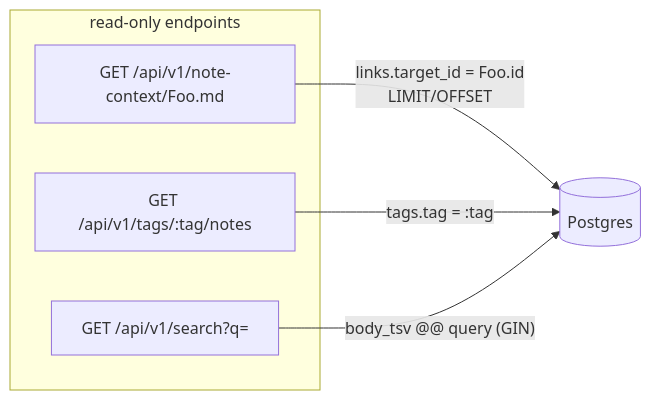
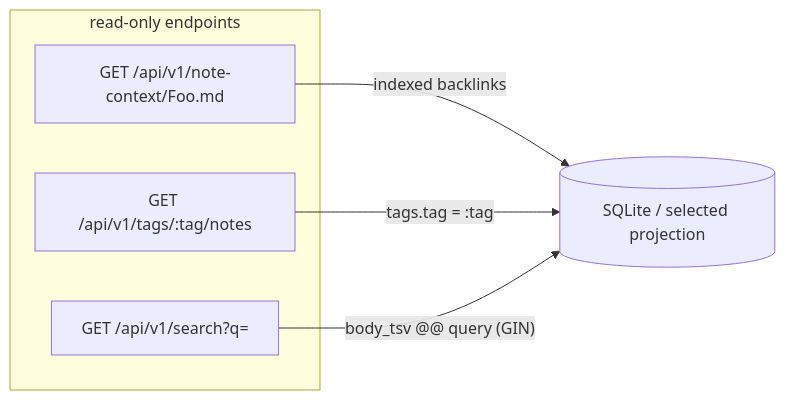
One commit to azusachino/miku changed the seventh of 8 diagrams in miku_docs/dataflow.md. Above: the diagram before and after it, drawn with Mermaid. The commit also changed other lines of this file and 25 other files, not shown here.

````diff
--- a/miku_docs/dataflow.md
+++ b/miku_docs/dataflow.md
@@ -133,11 +133,11 @@
 ```mermaid
 flowchart LR
   subgraph Read["read-only endpoints"]
     BL["GET /api/v1/note-context/Foo.md"]
     TG["GET /api/v1/tags/:tag/notes"]
     SR["GET /api/v1/search?q="]
   end
-  BL -->|"links.target_id = Foo.id<br/>LIMIT/OFFSET"| PG[("Postgres")]
+  BL -->|"indexed backlinks"| PG[("SQLite / selected projection")]
   TG -->|"tags.tag = :tag"| PG
   SR -->|"body_tsv @@ query (GIN)"| PG
 ```
````
